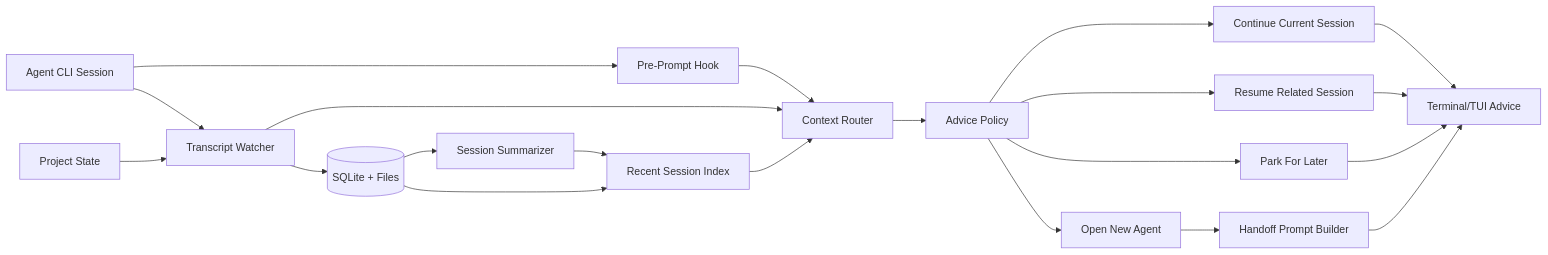
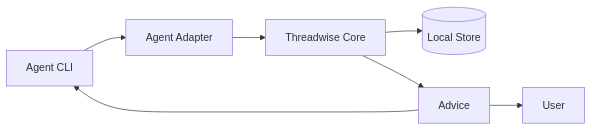
Before and after one commit to amir-h-rassafi/threadwise: the first of 2 diagrams in docs/architecture.md, drawn with Mermaid. The commit also changed other lines of this file and 1 other file, not shown here.

````diff
--- a/docs/architecture.md
+++ b/docs/architecture.md
@@ -63,23 +52,9 @@
 ```mermaid
 flowchart LR
-    Agent[Agent CLI Session] --> Hook[Pre-Prompt Hook]
-    Agent --> Watcher[Transcript Watcher]
-    Repo[Project State] --> Watcher
-    Hook --> Router[Context Router]
-    Watcher --> Store[(SQLite + Files)]
-    Store --> Summarizer[Session Summarizer]
-    Summarizer --> Index[Recent Session Index]
-    Watcher --> Router[Context Router]
-    Index --> Router
-    Router --> Policy[Advice Policy]
-    Policy --> Continue[Continue Current Session]
-    Policy --> Resume[Resume Related Session]
-    Policy --> Split[Open New Agent]
-    Policy --> Park[Park For Later]
-    Continue --> UI[Terminal/TUI Advice]
-    Resume --> UI
-    Split --> Handoff[Handoff Prompt Builder]
-    Park --> UI
-    Handoff --> UI
-    Store --> Index
+    Agent[Agent CLI] --> Adapter[Agent Adapter]
+    Adapter --> Core[Threadwise Core]
+    Core --> Store[(Local Store)]
+    Core --> Advice[Advice]
+    Advice --> Agent
+    Advice --> User[User]
 ```
````
